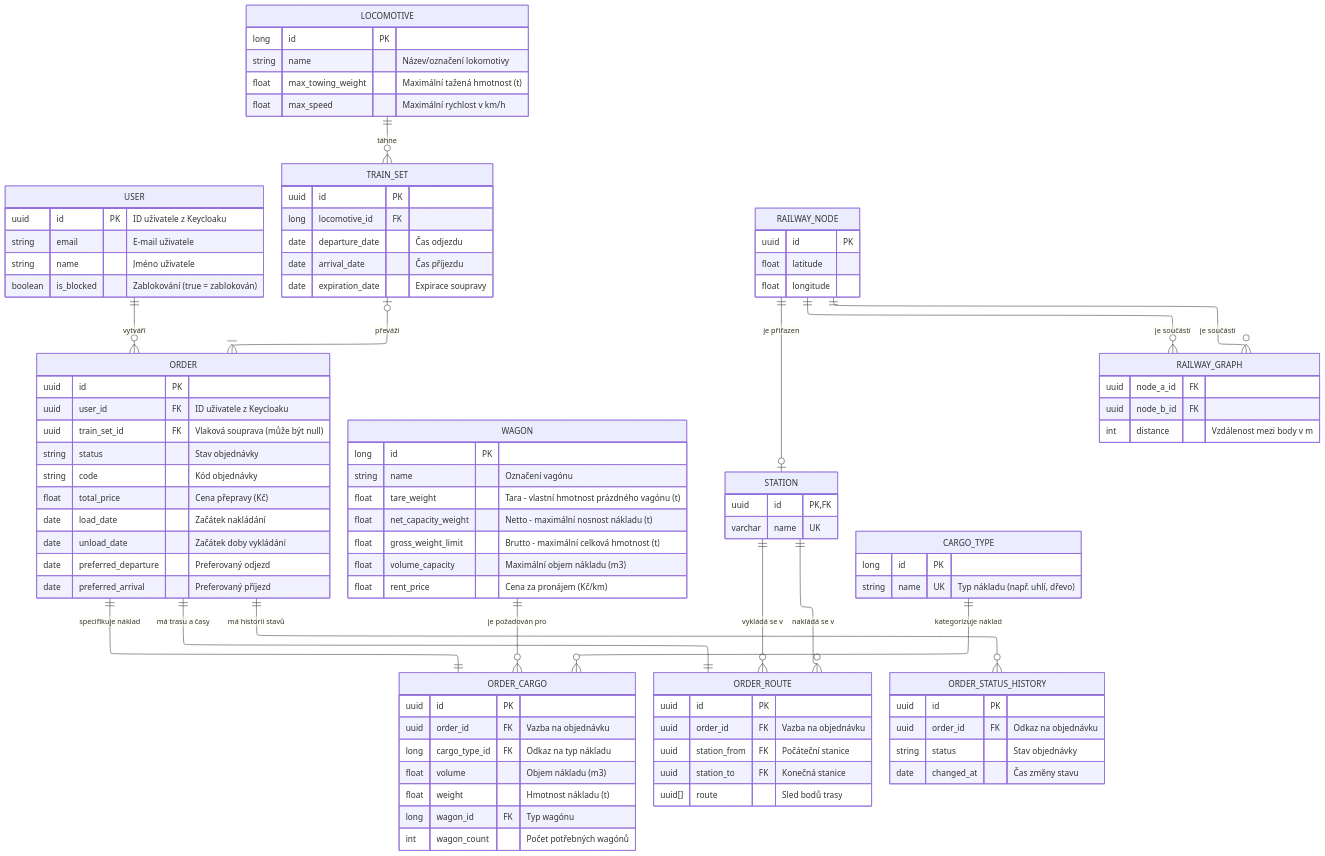
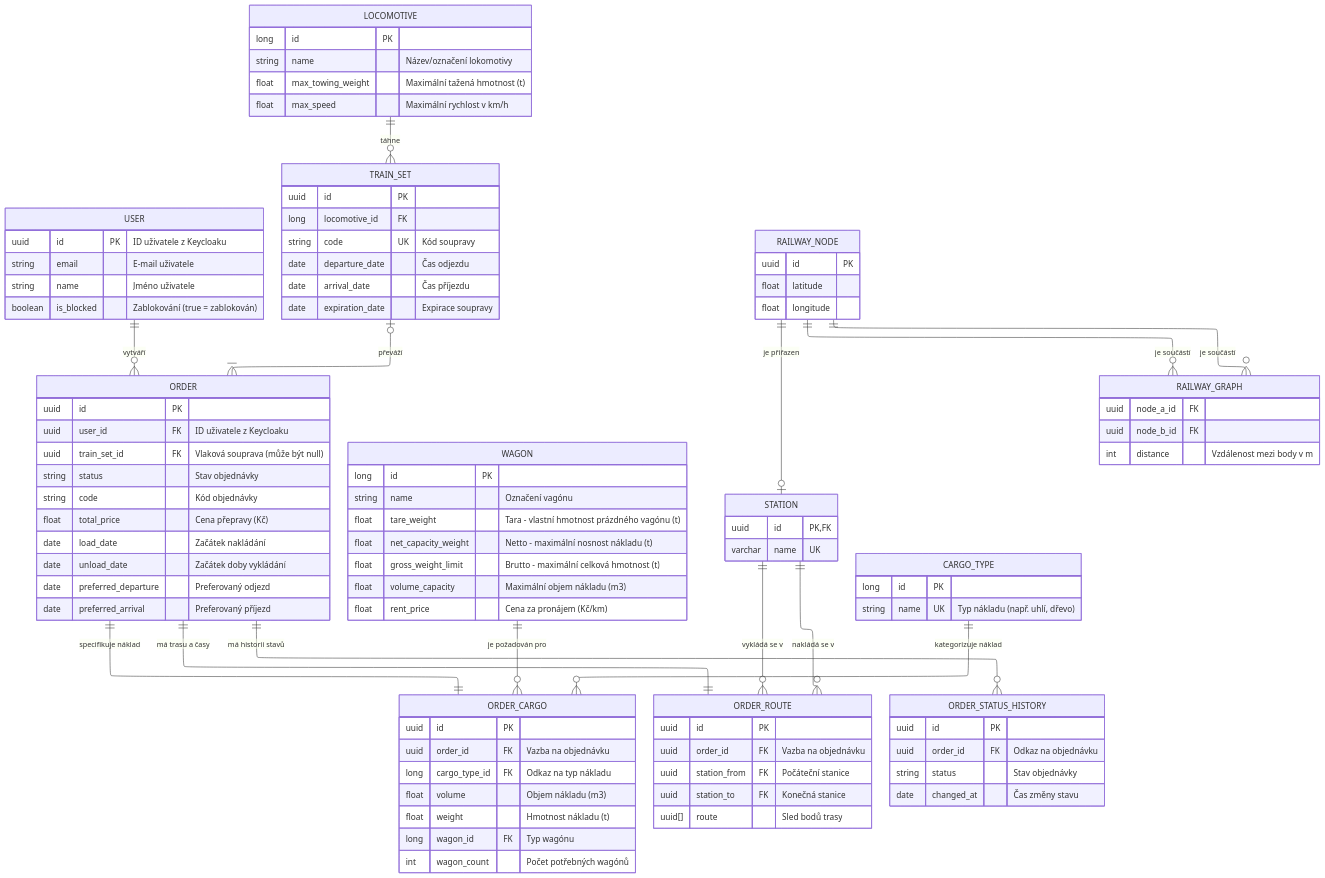
Before and after one commit to Heymuch/rocnikovy-projekt: the diagram in database/README.md, drawn with Mermaid.

Commit message:
přidáno Kód do Train_Set (návrh)

```diff
--- a/database/README.md
+++ b/database/README.md
@@ -70,11 +70,11 @@
     TRAIN_SET {
         uuid id PK
         long locomotive_id FK
+        string code UK "Kód soupravy"
         date departure_date "Čas odjezdu"
         date arrival_date "Čas příjezdu"
         date expiration_date "Expirace soupravy"
     }
-
 
     STATION {
         uuid id PK, FK
```
